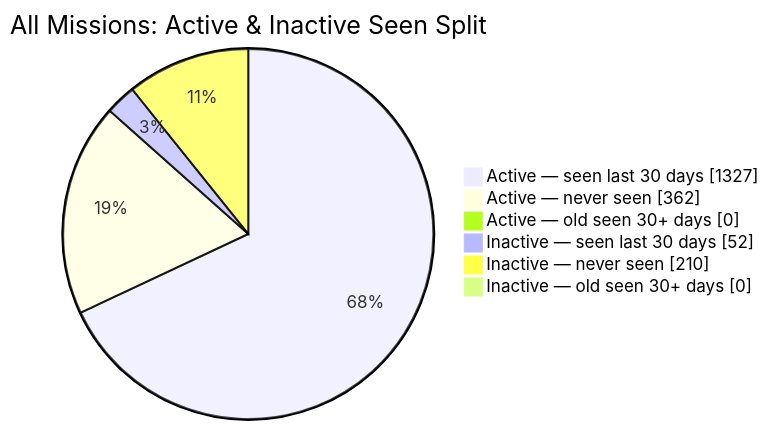
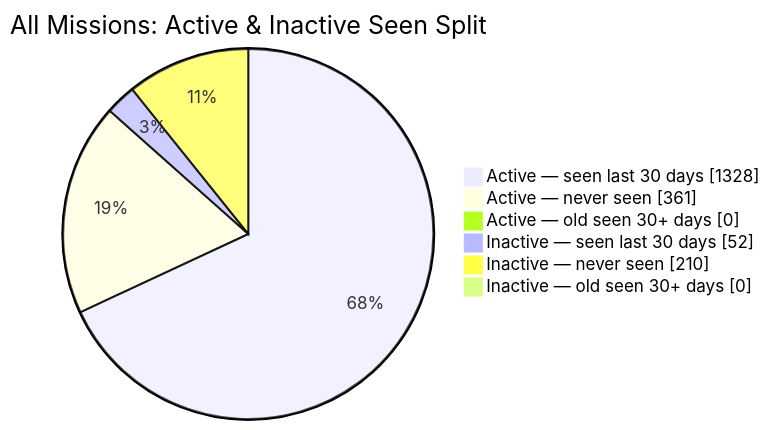
Before and after one commit to MeldkamerspelGameTeam/active-missions: the second of 2 diagrams in README.md, drawn with Mermaid. The commit also changed other lines of this file and 2 other files, not shown here.

````diff
--- a/README.md
+++ b/README.md
@@ -44,10 +44,10 @@
 ```mermaid
 pie showData
     title All Missions: Active & Inactive Seen Split
-    "Active — seen last 30 days" : 1327
-    "Active — never seen" : 362
+    "Active — seen last 30 days" : 1328
+    "Active — never seen" : 361
     "Active — old seen 30+ days" : 0
     "Inactive — seen last 30 days" : 52
     "Inactive — never seen" : 210
     "Inactive — old seen 30+ days" : 0
 ```
````
